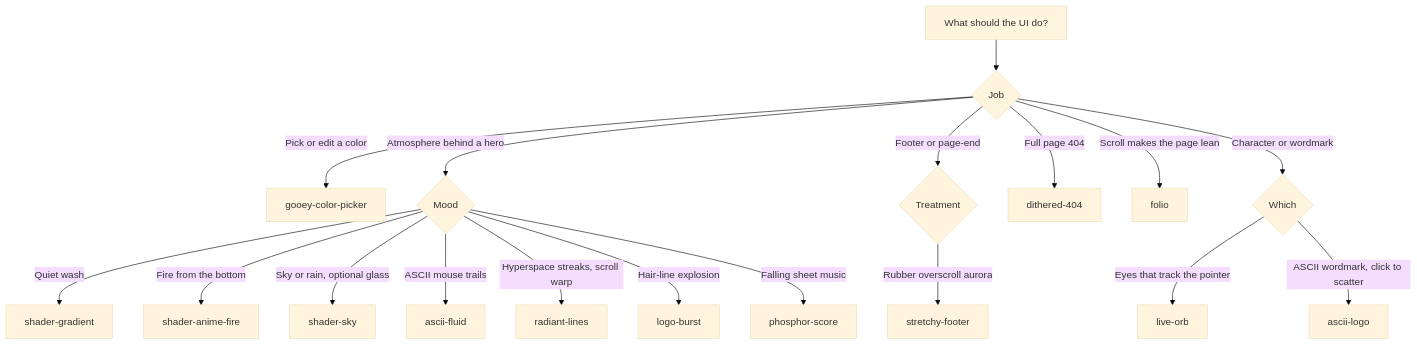
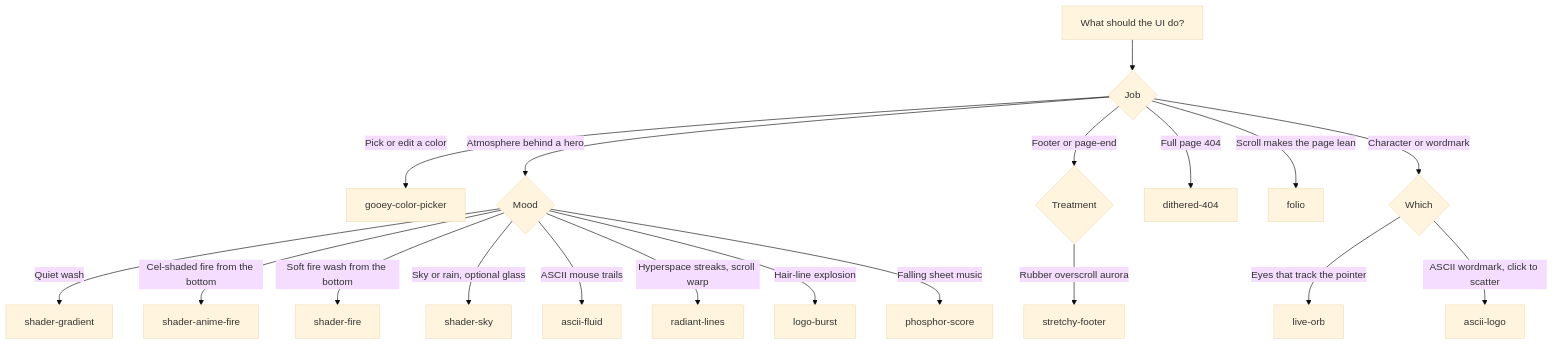
One commit to radiumcoders/23rd.dev changed the diagram in skills/23rd/SKILL.md. Above: the diagram before and after it, drawn with Mermaid (base theme). The commit also changed other lines of this file and 23 other files, not shown here.

First line of the commit message:
Bring back the original Shader Fire alongside Shader Anime Fire.

````diff
--- a/skills/23rd/SKILL.md
+++ b/skills/23rd/SKILL.md
@@ -84,21 +84,22 @@
 ```mermaid
 flowchart TD
   start[What should the UI do?]
   start --> pick{Job}
   pick -->|Pick or edit a color| gooey[gooey-color-picker]
   pick -->|Atmosphere behind a hero| atmo{Mood}
   pick -->|Footer or page-end| foot{Treatment}
   pick -->|Full page 404| d404[dithered-404]
   pick -->|Scroll makes the page lean| folio[folio]
   pick -->|Character or wordmark| mark{Which}
   atmo -->|Quiet wash| sg[shader-gradient]
-  atmo -->|Fire from the bottom| sf[shader-anime-fire]
+  atmo -->|Cel-shaded fire from the bottom| saf[shader-anime-fire]
+  atmo -->|Soft fire wash from the bottom| sf[shader-fire]
   atmo -->|Sky or rain, optional glass| ss[shader-sky]
   atmo -->|ASCII mouse trails| af[ascii-fluid]
   atmo -->|Hyperspace streaks, scroll warp| rl[radiant-lines]
   atmo -->|Hair-line explosion| lb[logo-burst]
   atmo -->|Falling sheet music| ps[phosphor-score]
   foot -->|Rubber overscroll aurora| st[stretchy-footer]
   mark -->|Eyes that track the pointer| orb[live-orb]
   mark -->|ASCII wordmark, click to scatter| al[ascii-logo]
 ```
````
